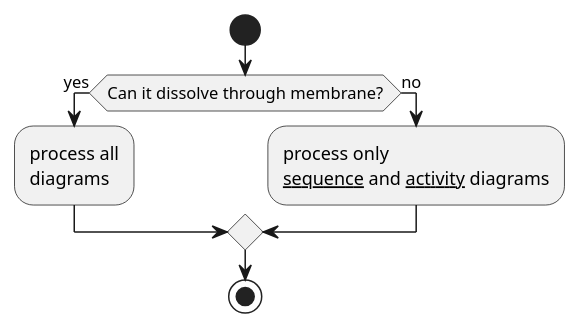
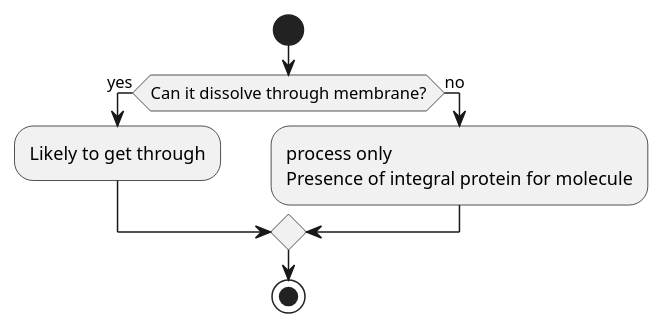
Before and after one commit to ashwinreddy/wiki: the diagram in Biology/Cell-Biology/Cell-Membrane.md, drawn with PlantUML.

Commit message:
Updated Cell%20Membrane (markdown)

```diff
--- a/Biology/Cell-Biology/Cell-Membrane.md
+++ b/Biology/Cell-Biology/Cell-Membrane.md
@@ -40,10 +40,10 @@
 @startuml
 start
 if (Can it dissolve through membrane?) then (yes)
-  :process all\ndiagrams;
+  :Likely to get through;
 else (no)
   :process only
-  __sequence__ and __activity__ diagrams;
+  Presence of integral protein for molecule;
 endif
 stop
 @enduml
```
